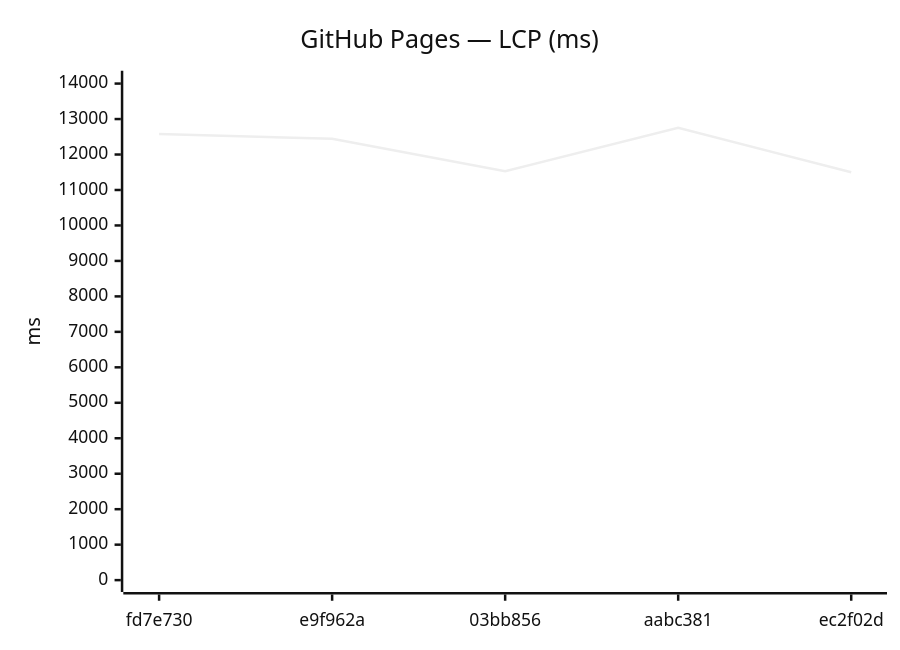
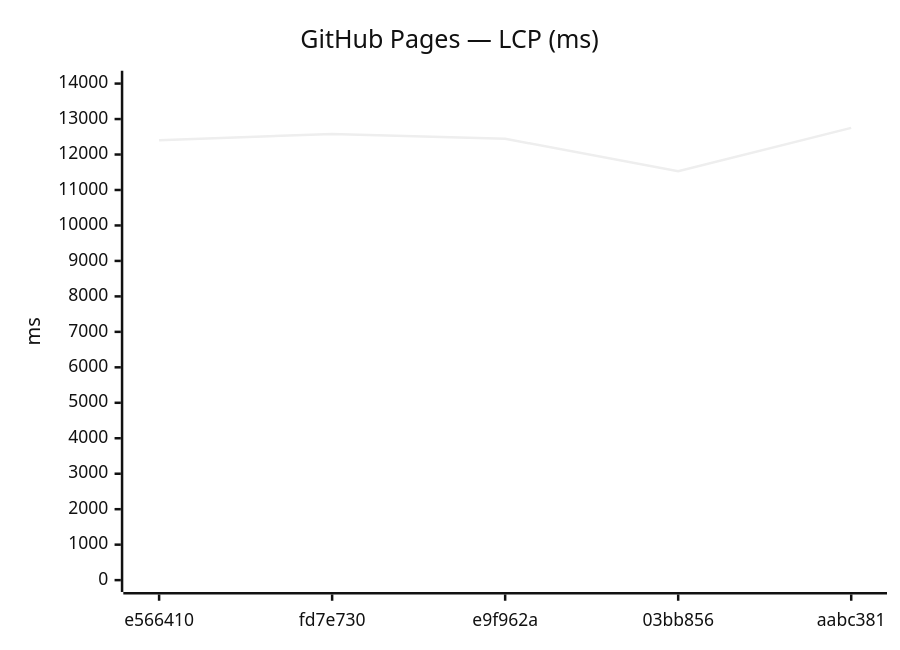
The ninth of 18 diagrams in benchmarks/compare.md (Metaheurist/Rianell), drawn with Mermaid (neutral theme) before and after one commit. The commit also changed other lines of this file and 11 other files, not shown here.

````diff
--- a/benchmarks/compare.md
+++ b/benchmarks/compare.md
@@ -142,7 +142,7 @@
 ```mermaid
 xychart-beta
     title "GitHub Pages — LCP (ms)"
-    x-axis ["fd7e730", "e9f962a", "03bb856", "aabc381", "ec2f02d"]
+    x-axis ["e566410", "fd7e730", "e9f962a", "03bb856", "aabc381"]
     y-axis "ms" 0 --> 14027
-    line [12580, 12444, 11529, 12751, 11500]
+    line [12402, 12580, 12444, 11529, 12751]
 ```
````
